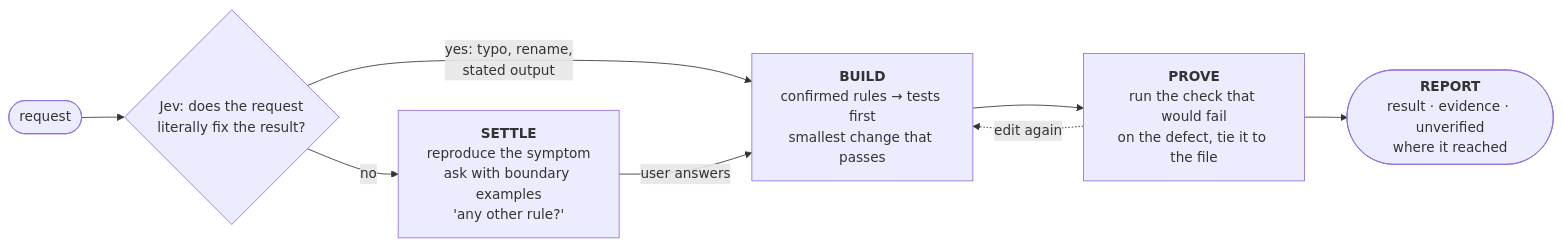
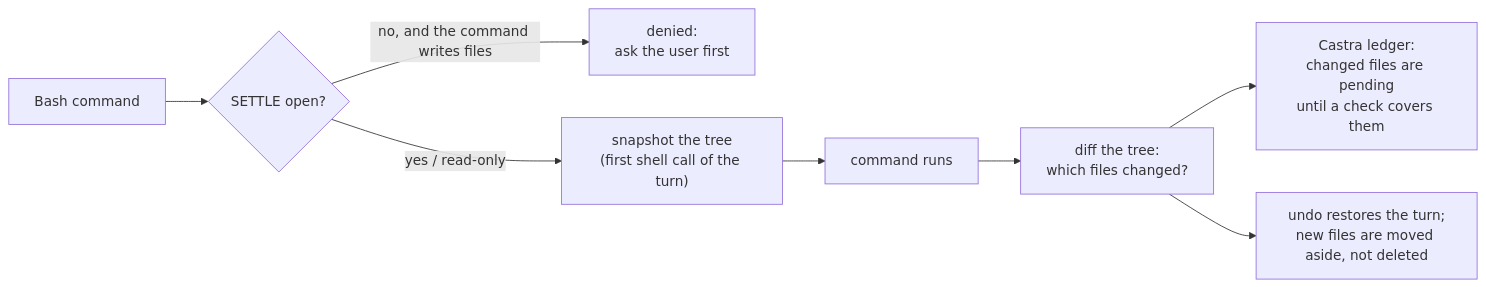
The diagram in README.md (beyondworks/lean-forge-55), drawn with Mermaid before and after one commit. The commit also changed other lines of this file and 3 other files, not shown here.

````diff
--- a/README.md
+++ b/README.md
@@ -40,10 +26,10 @@
 ```mermaid
 flowchart LR
-    R([request]) --> J{"Jev: does the request<br/>literally fix the result?"}
-    J -- "yes: typo, rename,<br/>stated output" --> B
-    J -- "no" --> S["<b>SETTLE</b><br/>reproduce the symptom<br/>ask with boundary examples<br/>'any other rule?'"]
-    S -- "user answers" --> B["<b>BUILD</b><br/>confirmed rules → tests first<br/>smallest change that passes"]
-    B --> P["<b>PROVE</b><br/>run the check that would fail<br/>on the defect, tie it to the file"]
-    P --> T(["<b>REPORT</b><br/>result · evidence · unverified<br/>where it reached"])
-    P -. "edit again" .-> B
+    C["Bash command"] --> W{"SETTLE open?"}
+    W -- "no, and the command writes files" --> D["denied:<br/>ask the user first"]
+    W -- "yes / read-only" --> S["snapshot the tree<br/>(first shell call of the turn)"]
+    S --> R["command runs"]
+    R --> F["diff the tree:<br/>which files changed?"]
+    F --> L["Castra ledger:<br/>changed files are pending<br/>until a check covers them"]
+    F --> U["undo restores the turn;<br/>new files are moved aside, not deleted"]
 ```
````
